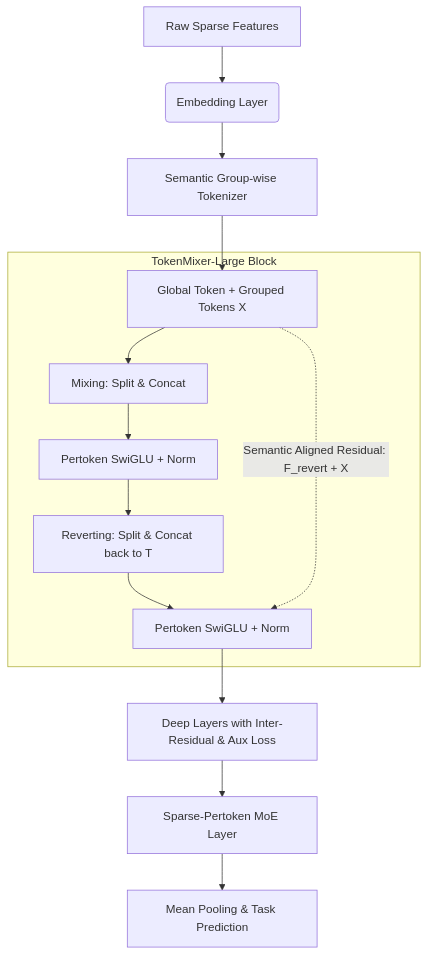
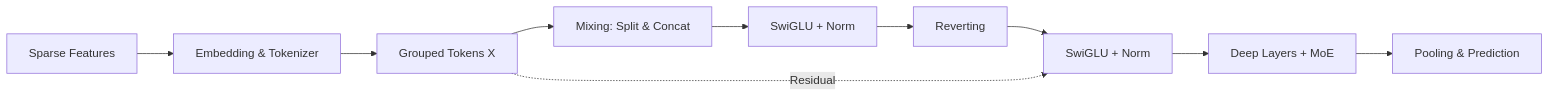
The diagram in content/blog/posts/005_tokenmixer_large_paper_review/index.md (bansheng/bansheng.github.io), drawn with Mermaid before and after one commit. The commit also changed 160 other files, not shown here.

```diff
--- a/content/blog/posts/005_tokenmixer_large_paper_review/index.md
+++ b/content/blog/posts/005_tokenmixer_large_paper_review/index.md
@@ -155,19 +155,13 @@
 {{< mermaid >}}
-graph TD
-    A[Raw Sparse Features] --> B(Embedding Layer)
-    B --> C[Semantic Group-wise Tokenizer]
-    C --> D[Global Token + Grouped Tokens X]
-    
-    subgraph TokenMixer-Large Block
-        D --> E[Mixing: Split & Concat]
-        E --> F[Pertoken SwiGLU + Norm]
-        F --> G[Reverting: Split & Concat back to T]
-        G --> H[Pertoken SwiGLU + Norm]
-        
-        D -.->|Semantic Aligned Residual: F_revert + X| H
-    end
-    
-    H --> I[Deep Layers with Inter-Residual & Aux Loss]
-    I --> J[Sparse-Pertoken MoE Layer]
-    J --> K[Mean Pooling & Task Prediction]
+graph LR
+    A[Sparse Features] --> B[Embedding & Tokenizer]
+    B --> C[Grouped Tokens X]
+
+    D["Mixing: Split & Concat"] --> E["SwiGLU + Norm"]
+    E --> F["Reverting"] --> G["SwiGLU + Norm"]
+
+    C --> D
+    C -.->|Residual| G
+    G --> H[Deep Layers + MoE]
+    H --> I[Pooling & Prediction]
 {{< /mermaid >}}
```
